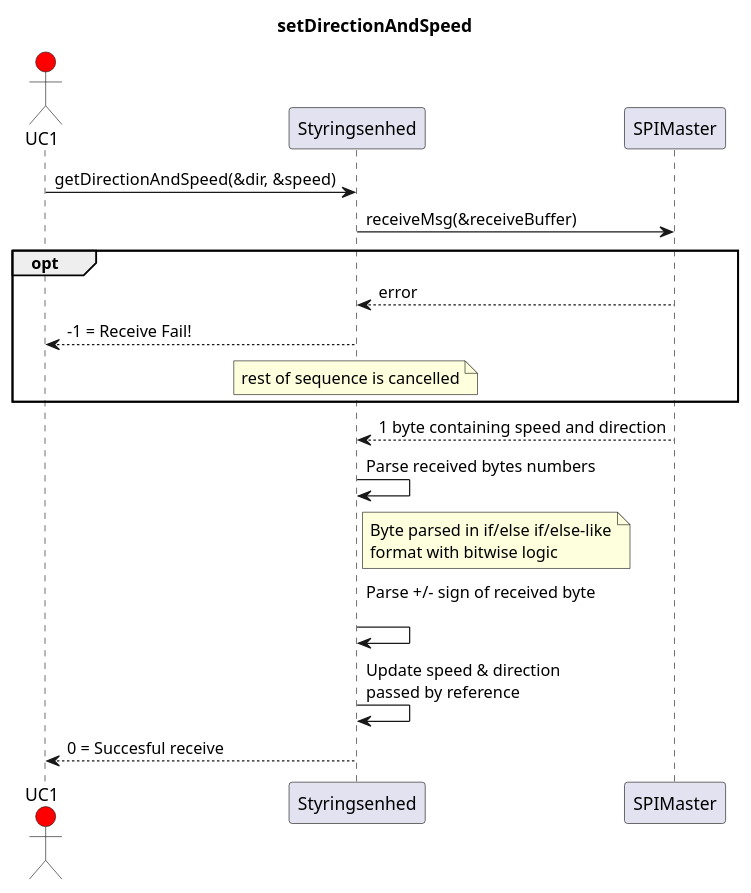
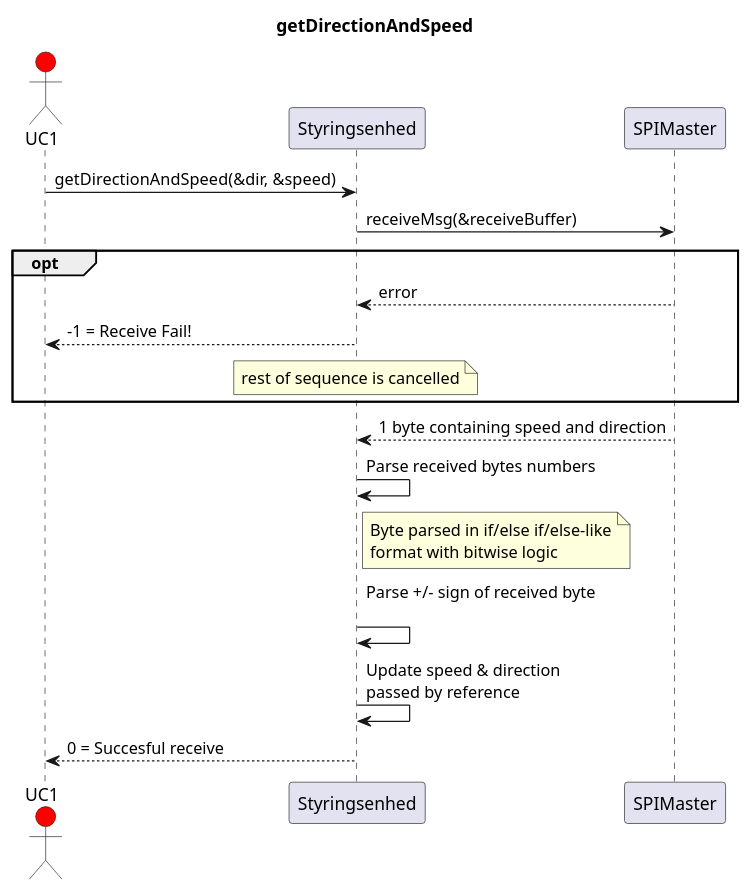
One commit to Solvgraa-mager/E3PRJ3 changed the diagram in Diagrammer/CentralComputer/Klasser/Styringsenhed/SD-setDirectionAndSpeed.puml. Above: the diagram before and after it, drawn with PlantUML. The commit also changed 501 other files, not shown here.

```diff
--- a/Diagrammer/CentralComputer/Klasser/Styringsenhed/SD-setDirectionAndSpeed.puml
+++ b/Diagrammer/CentralComputer/Klasser/Styringsenhed/SD-setDirectionAndSpeed.puml
@@ -1,25 +1,25 @@
 @startuml
 
 skinparam wrapWidth 200
 
-title setDirectionAndSpeed
+title getDirectionAndSpeed
 
 actor UC1 #Red
 participant Styringsenhed
 participant SPIMaster
 
 UC1 -> Styringsenhed : getDirectionAndSpeed(&dir, &speed)
 Styringsenhed -> SPIMaster : receiveMsg(&receiveBuffer)
     opt 
         SPIMaster --> Styringsenhed : error
         Styringsenhed --> UC1 : -1 = Receive Fail! 
         note over Styringsenhed : rest of sequence is cancelled
     end opt
 SPIMaster --> Styringsenhed : 1 byte containing speed and direction
 Styringsenhed -> Styringsenhed : Parse received bytes numbers
 note right of Styringsenhed : Byte parsed in if/else if/else-like format with bitwise logic
 Styringsenhed -> Styringsenhed : Parse +/- sign of received byte \n
 Styringsenhed -> Styringsenhed : Update speed & direction \npassed by reference
 Styringsenhed --> UC1 : 0 = Succesful receive 
 
 @enduml
```
